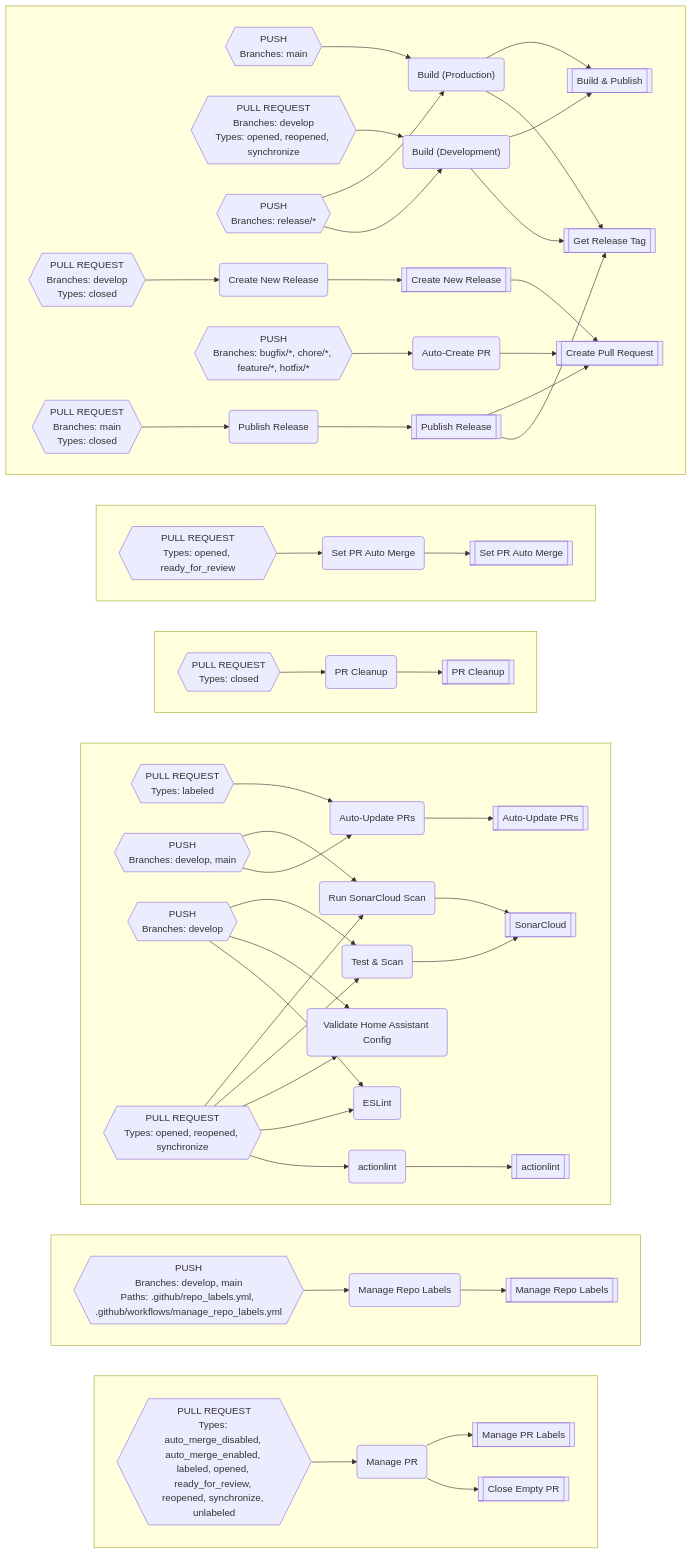
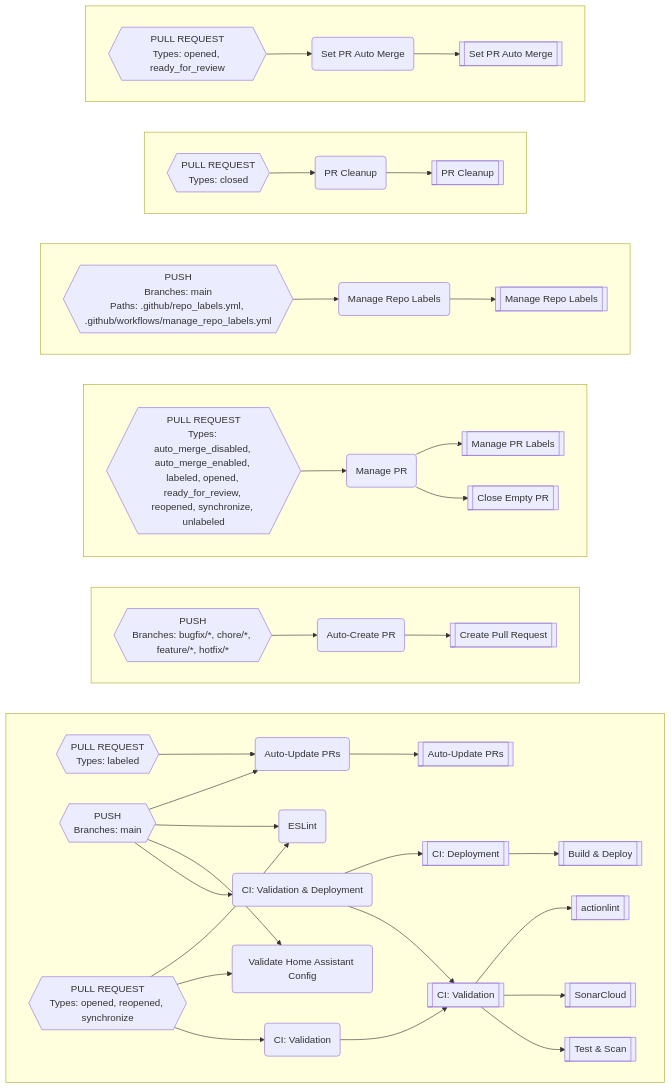
The diagram in README.md (worgarside/github-config-files), drawn with Mermaid before and after one commit. The commit also changed other lines of this file and 38 other files, not shown here.

````diff
--- a/README.md
+++ b/README.md
@@ -396,136 +369,96 @@
 ```mermaid
 flowchart LR
-subgraph EV[" "]
+subgraph CQ[" "]
+direction LR
+K-->D
+CH-->K
+CH-->R
+BO-->BN
+BN-->AL
+CJ-->BN
+CJ-->BY
+CJ-->CC
+CJ-->CH
+CO-->BY
+CO-->CC
+CO-->CM
+CM-->R
+R-->A
+R-->AV
+R-->AY
+end
+subgraph CR[" "]
+direction LR
+BC-->BB
+BB-->AA
+end
+subgraph CS[" "]
+direction LR
+BF-->BE
+BE-->AE
+BE-->W
+end
+subgraph CT[" "]
+direction LR
+BK-->BJ
+BJ-->AI
+end
+subgraph CU[" "]
 direction LR
 BS-->BR
-BR-->AE
-BR-->K
+BR-->AO
 end
-subgraph EW[" "]
+subgraph CV[" "]
 direction LR
-BX-->BW
-BW-->AM
-end
-subgraph EX[" "]
-direction LR
-CB-->CA
-CA-->AP
-CC-->CA
-CC-->ER
-DF-->DE
-DF-->DP
-DF-->EJ
-EJ-->BH
-ER-->BH
-BL-->BK
-BL-->DE
-BL-->DP
-BL-->EJ
-BL-->ER
-BK-->A
-end
-subgraph EY[" "]
-direction LR
-CF-->CE
-CE-->AS
-end
-subgraph EZ[" "]
-direction LR
-CI-->CH
-CH-->BC
-end
-subgraph FA[" "]
-direction LR
-ED-->DI
-DB-->DA
-DA-->AB
-DA-->D
-DZ-->DA
-DZ-->DI
-DI-->AB
-DI-->D
-CN-->CL
-CL-->O
-O-->X
-BP-->BO
-BO-->X
-CU-->CT
-CT-->AW
-AW-->AB
-AW-->X
+BV-->BU
+BU-->AS
 end
 A[["actionlint"]]
-AB[["Get Release Tag"]]
+AA[["Create Pull Request"]]
 AE[["Manage PR Labels"]]
-AM[["Manage Repo Labels"]]
-AP[["Auto-Update PRs"]]
-AS[["PR Cleanup"]]
-AW[["Publish Release"]]
-BC[["Set PR Auto Merge"]]
-BH[["SonarCloud"]]
-BK("actionlint")
-BL{{"PULL REQUEST
+AI[["Manage Repo Labels"]]
+AL[["Auto-Update PRs"]]
+AO[["PR Cleanup"]]
+AS[["Set PR Auto Merge"]]
+AV[["SonarCloud"]]
+AY[["Test & Scan"]]
+BB("Auto-Create PR")
+BC{{"PUSH
+Branches: bugfix/*, chore/*, feature/*, hotfix/*
+"}}
+BE("Manage PR")
+BF{{"PULL REQUEST
+Types: auto_merge_disabled, auto_merge_enabled, labeled, opened, ready_for_review, reopened, synchronize, unlabeled
+"}}
+BJ("Manage Repo Labels")
+BK{{"PUSH
+Branches: main
+Paths: .github/repo_labels.yml, .github/workflows/manage_repo_labels.yml
+"}}
+BN("Auto-Update PRs")
+BO{{"PULL REQUEST
+Types: labeled
+"}}
+BR("PR Cleanup")
+BS{{"PULL REQUEST
+Types: closed
+"}}
+BU("Set PR Auto Merge")
+BV{{"PULL REQUEST
+Types: opened, ready_for_review
+"}}
+BY("ESLint")
+CC("Validate Home Assistant Config")
+CH("CI: Validation & Deployment")
+CJ{{"PUSH
+Branches: main
+"}}
+CM("CI: Validation")
+CO{{"PULL REQUEST
 Types: opened, reopened, synchronize
 "}}
-BO("Auto-Create PR")
-BP{{"PUSH
-Branches: bugfix/*, chore/*, feature/*, hotfix/*
-"}}
-BR("Manage PR")
-BS{{"PULL REQUEST
-Types: auto_merge_disabled, auto_merge_enabled, labeled, opened, ready_for_review, reopened, synchronize, unlabeled
-"}}
-BW("Manage Repo Labels")
-BX{{"PUSH
-Branches: develop, main
-Paths: .github/repo_labels.yml, .github/workflows/manage_repo_labels.yml
-"}}
-CA("Auto-Update PRs")
-CB{{"PULL REQUEST
-Types: labeled
-"}}
-CC{{"PUSH
-Branches: develop, main
-"}}
-CE("PR Cleanup")
-CF{{"PULL REQUEST
-Types: closed
-"}}
-CH("Set PR Auto Merge")
-CI{{"PULL REQUEST
-Types: opened, ready_for_review
-"}}
-CL("Create New Release")
-CN{{"PULL REQUEST
-Branches: develop
-Types: closed
-"}}
-CT("Publish Release")
-CU{{"PULL REQUEST
-Branches: main
-Types: closed
-"}}
-D[["Build & Publish"]]
-DA("Build (Development)")
-DB{{"PULL REQUEST
-Branches: develop
-Types: opened, reopened, synchronize
-"}}
-DE("ESLint")
-DF{{"PUSH
-Branches: develop
-"}}
-DI("Build (Production)")
-DP("Validate Home Assistant Config")
-DZ{{"PUSH
-Branches: release/*
-"}}
-ED{{"PUSH
-Branches: main
-"}}
-EJ("Test & Scan")
-ER("Run SonarCloud Scan")
-K[["Close Empty PR"]]
-O[["Create New Release"]]
-X[["Create Pull Request"]]
+D[["Build & Deploy"]]
+K[["CI: Deployment"]]
+R[["CI: Validation"]]
+W[["Close Empty PR"]]
 ```
````
